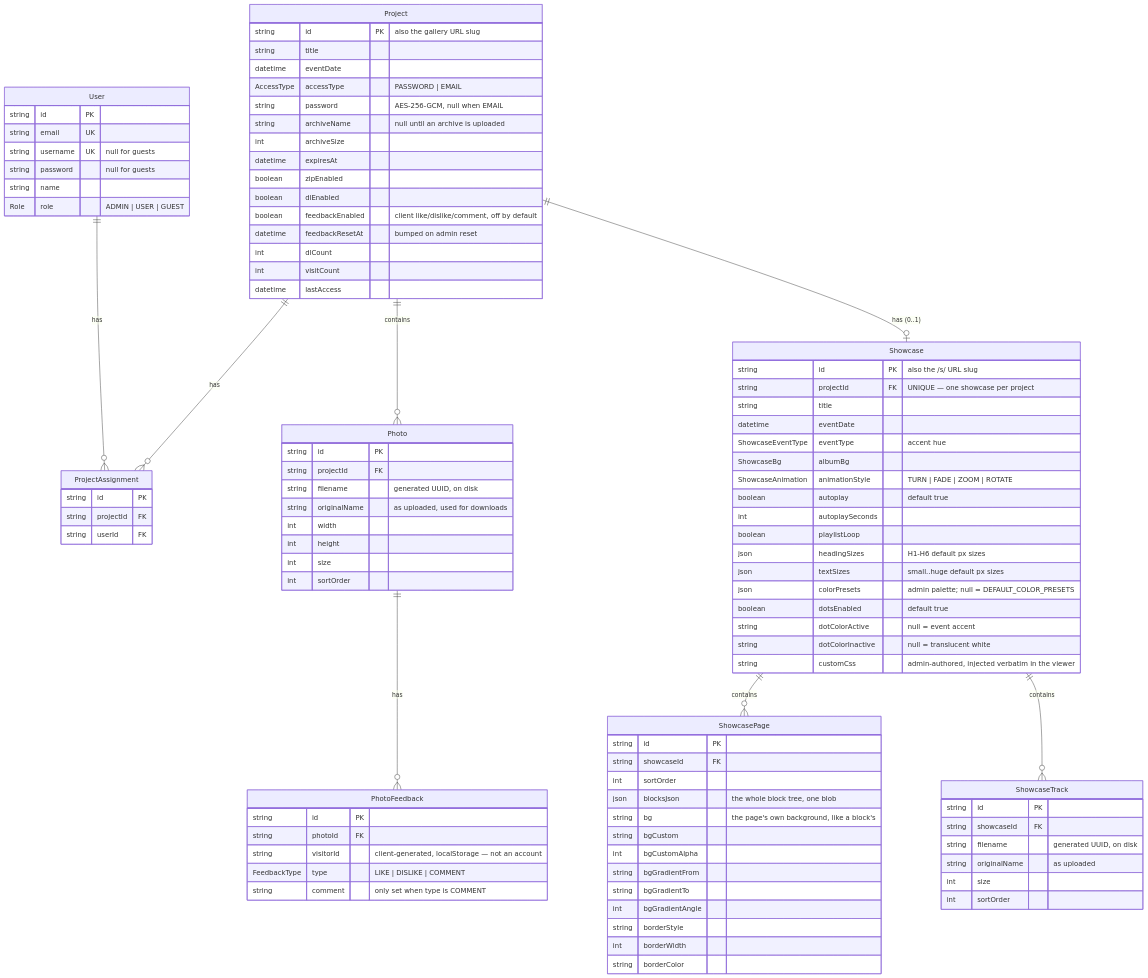
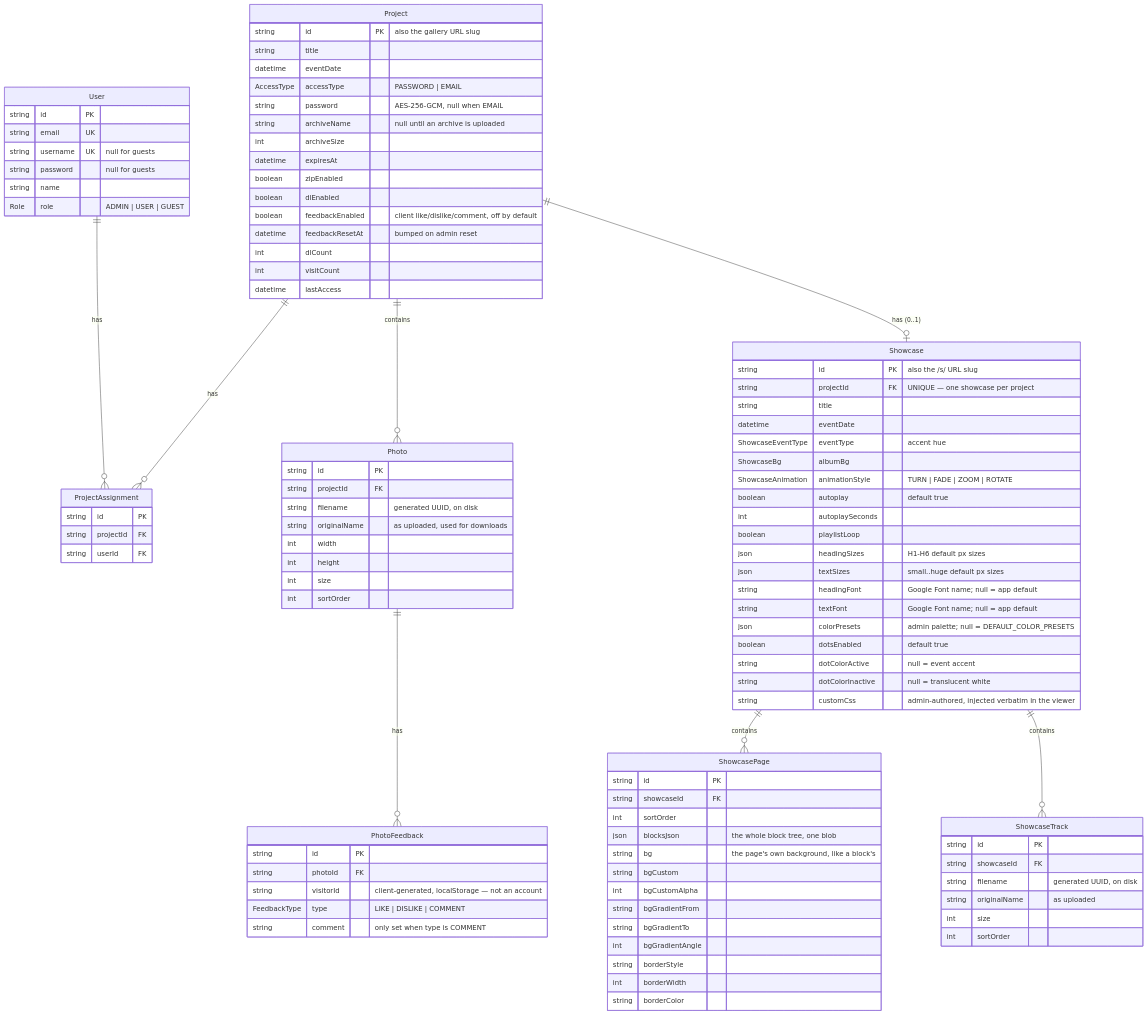
Before and after one commit to Geobusteni/kuvalib: the first of 3 diagrams in ARCHITECTURE.md, drawn with Mermaid. The commit also changed other lines of this file and 25 other files, not shown here.

```diff
--- a/ARCHITECTURE.md
+++ b/ARCHITECTURE.md
@@ -213,6 +213,8 @@
         boolean playlistLoop
         json headingSizes "H1-H6 default px sizes"
         json textSizes "small..huge default px sizes"
+        string headingFont "Google Font name; null = app default"
+        string textFont "Google Font name; null = app default"
         json colorPresets "admin palette; null = DEFAULT_COLOR_PRESETS"
         boolean dotsEnabled "default true"
         string dotColorActive "null = event accent"
```
